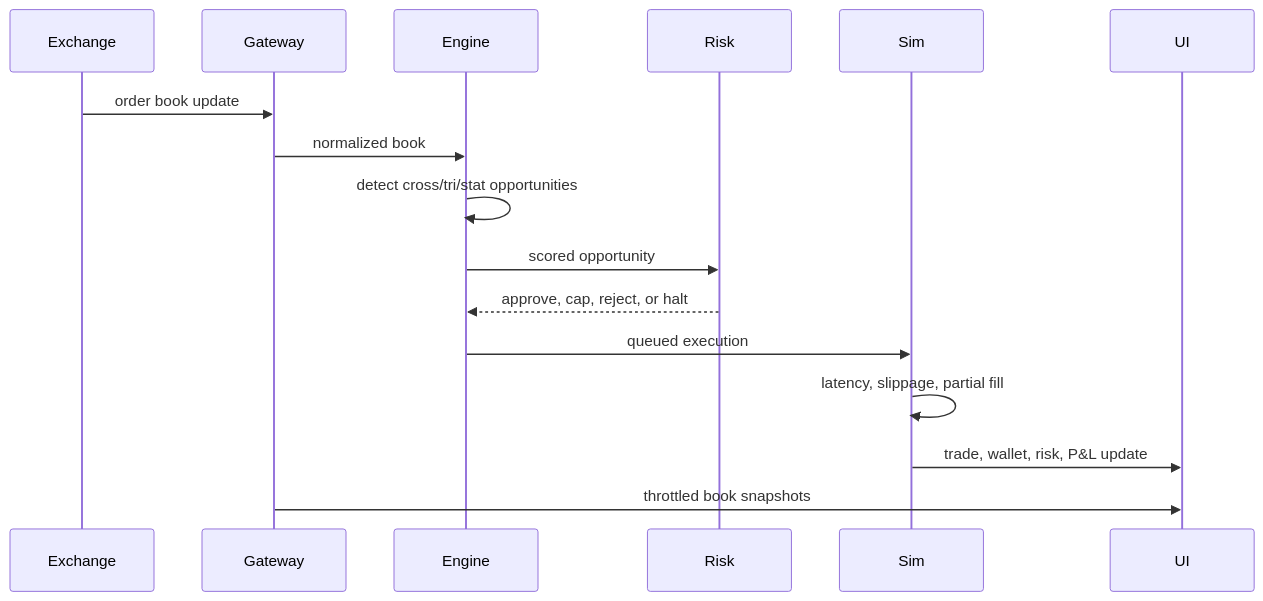
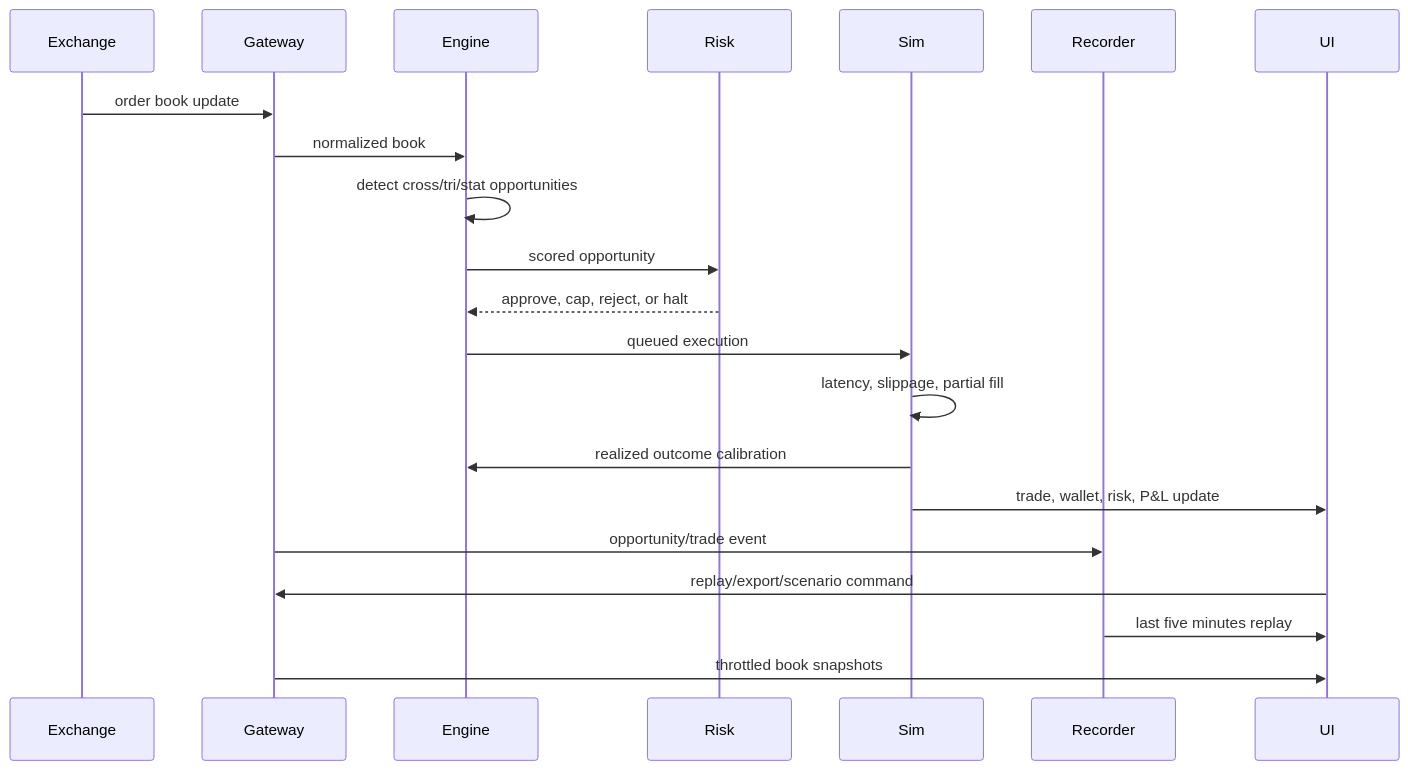
One commit to JoahanMorales/CODING_CHALLENGE_MEXICO changed the second of 2 diagrams in README.md. Above: the diagram before and after it, drawn with Mermaid. The commit also changed other lines of this file and 14 other files, not shown here.

````diff
--- a/README.md
+++ b/README.md
@@ -247,19 +336,24 @@
 ```mermaid
 sequenceDiagram
   participant Exchange
   participant Gateway
   participant Engine
   participant Risk
   participant Sim
+  participant Recorder
   participant UI
 
   Exchange->>Gateway: order book update
   Gateway->>Engine: normalized book
   Engine->>Engine: detect cross/tri/stat opportunities
   Engine->>Risk: scored opportunity
   Risk-->>Engine: approve, cap, reject, or halt
   Engine->>Sim: queued execution
   Sim->>Sim: latency, slippage, partial fill
+  Sim->>Engine: realized outcome calibration
   Sim->>UI: trade, wallet, risk, P&L update
+  Gateway->>Recorder: opportunity/trade event
+  UI->>Gateway: replay/export/scenario command
+  Recorder->>UI: last five minutes replay
   Gateway->>UI: throttled book snapshots
 ```
````
